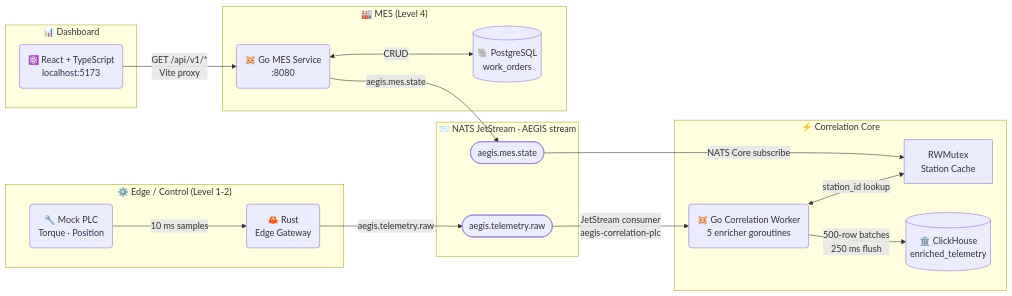
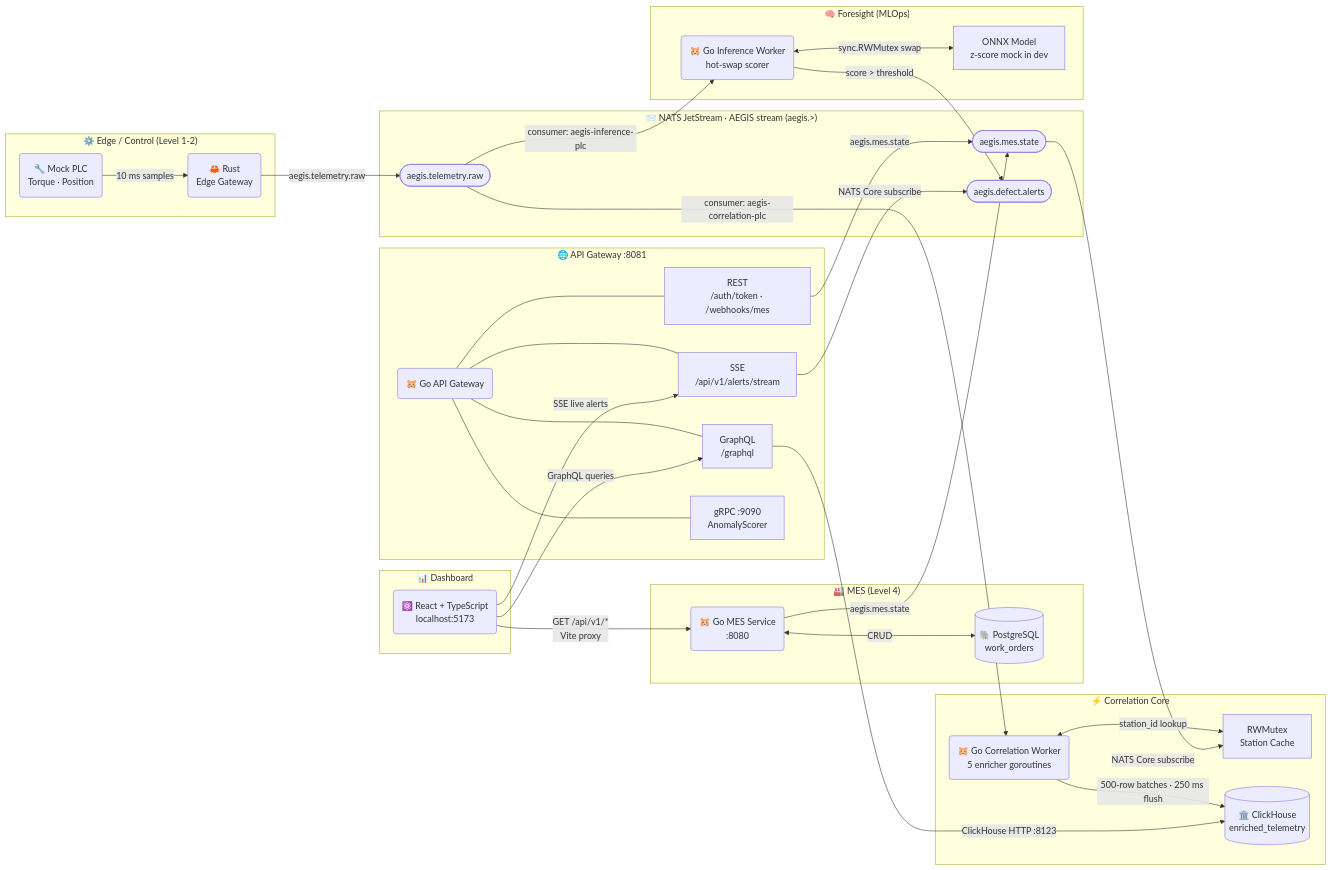
One commit to vgandhi1/aegis changed the diagram in README.md. Above: the diagram before and after it, drawn with Mermaid. The commit also changed other lines of this file and 20 other files, not shown here.

First line of the commit message:
feat: add Foresight inference worker, API gateway, and Protobuf contract

````diff
--- a/README.md
+++ b/README.md
@@ -45,37 +48,63 @@
 ```mermaid
 flowchart LR
     subgraph EDGE["⚙️ Edge / Control  (Level 1-2)"]
         PLC("🔧 Mock PLC\nTorque · Position")
         EG("🦀 Rust\nEdge Gateway")
         PLC -->|"10 ms samples"| EG
     end
 
-    subgraph BROKER["📨 NATS JetStream  ·  AEGIS stream"]
+    subgraph BROKER["📨 NATS JetStream  ·  AEGIS stream  (aegis.>)"]
         RAW(["aegis.telemetry.raw"])
         STATE(["aegis.mes.state"])
+        ALERTS(["aegis.defect.alerts"])
     end
 
     subgraph MES_BOX["🏭 MES  (Level 4)"]
         MES("🐹 Go MES Service\n:8080")
         PG[("🐘 PostgreSQL\nwork_orders")]
         MES <-->|"CRUD"| PG
     end
 
     subgraph CORE["⚡ Correlation Core"]
         CW("🐹 Go Correlation Worker\n5 enricher goroutines")
         CACHE["RWMutex\nStation Cache"]
         CH[("🏛️ ClickHouse\nenriched_telemetry")]
         CW <-->|"station_id lookup"| CACHE
-        CW -->|"500-row batches\n250 ms flush"| CH
+        CW -->|"500-row batches · 250 ms flush"| CH
+    end
+
+    subgraph FORESIGHT["🧠 Foresight  (MLOps)"]
+        IW("🐹 Go Inference Worker\nhot-swap scorer")
+        MODEL["ONNX Model\nz-score mock in dev"]
+        IW <-->|"sync.RWMutex swap"| MODEL
+    end
+
+    subgraph GATEWAY["🌐 API Gateway  :8081"]
+        GW("🐹 Go API Gateway")
+        REST["REST\n/auth/token · /webhooks/mes"]
+        GQL["GraphQL\n/graphql"]
+        SSE["SSE\n/api/v1/alerts/stream"]
+        GRPC["gRPC :9090\nAnomalyScorer"]
+        GW --- REST
+        GW --- GQL
+        GW --- SSE
+        GW --- GRPC
     end
 
     subgraph DASH["📊 Dashboard"]
         UI("⚛️ React + TypeScript\nlocalhost:5173")
     end
 
-    EG    -->|"aegis.telemetry.raw"| RAW
-    MES   -->|"aegis.mes.state"| STATE
-    RAW   -->|"JetStream consumer\naegis-correlation-plc"| CW
-    STATE -->|"NATS Core subscribe"| CACHE
-    UI    -->|"GET /api/v1/*\nVite proxy"| MES
+    EG     -->|"aegis.telemetry.raw"| RAW
+    MES    -->|"aegis.mes.state"| STATE
+    RAW    -->|"consumer: aegis-correlation-plc"| CW
+    STATE  -->|"NATS Core subscribe"| CACHE
+    RAW    -->|"consumer: aegis-inference-plc"| IW
+    IW     -->|"score > threshold"| ALERTS
+    GQL    -->|"ClickHouse HTTP :8123"| CH
+    SSE    -->|"NATS Core subscribe"| ALERTS
+    REST   -->|"aegis.mes.state"| STATE
+    UI     -->|"GraphQL queries"| GQL
+    UI     -->|"SSE live alerts"| SSE
+    UI     -->|"GET /api/v1/*\nVite proxy"| MES
 ```
````
